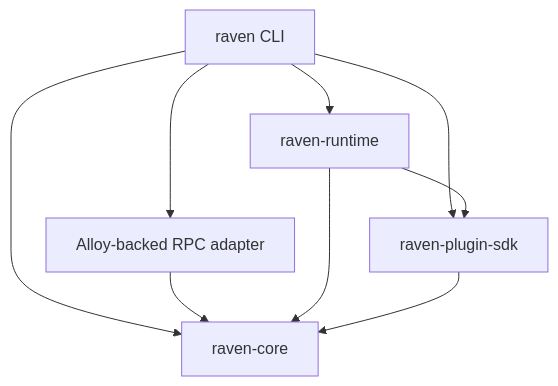
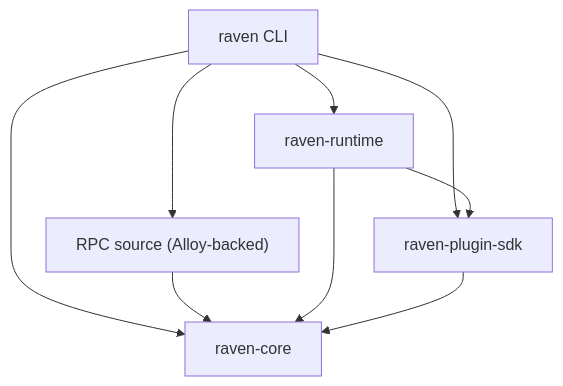
The first of 8 diagrams in docs/concepts/architecture.mdx (abhi3700/raven), drawn with Mermaid before and after one commit. The commit also changed other lines of this file and 27 other files, not shown here.

Commit message:
source-alloy renamed to source-rpc

````diff
--- a/docs/concepts/architecture.mdx
+++ b/docs/concepts/architecture.mdx
@@ -21,11 +21,11 @@
 ```mermaid
 flowchart TD
-    ravenCli["raven CLI"] --> alloySource["Alloy-backed RPC adapter"]
+    ravenCli["raven CLI"] --> rpcSource["RPC source (Alloy-backed)"]
     ravenCli --> runtimeCrate["raven-runtime"]
     ravenCli --> pluginSdk["raven-plugin-sdk"]
     ravenCli --> coreCrate["raven-core"]
-    alloySource --> coreCrate
+    rpcSource --> coreCrate
     runtimeCrate --> pluginSdk
     runtimeCrate --> coreCrate
     pluginSdk --> coreCrate
 ```
````
